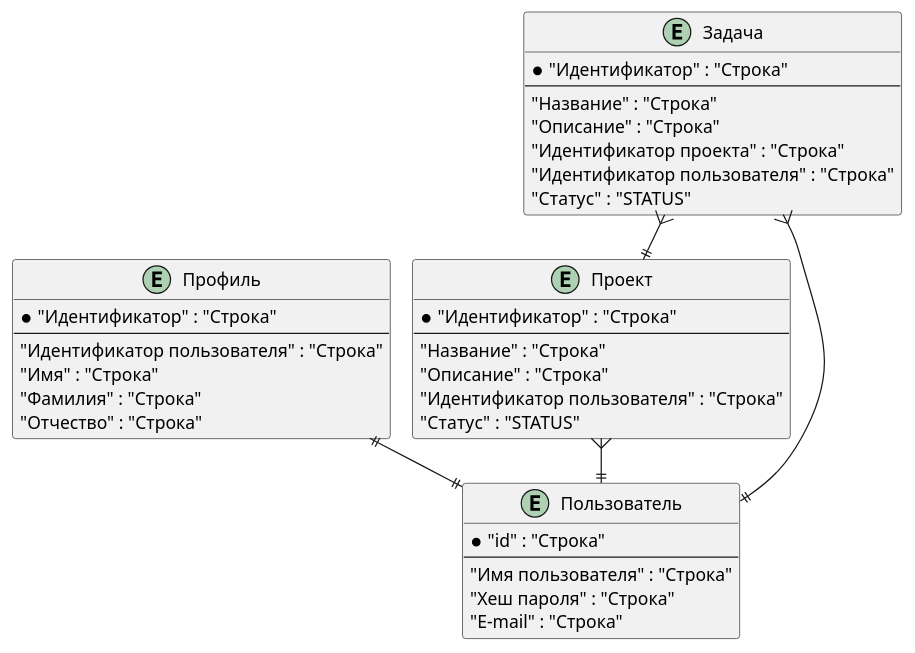
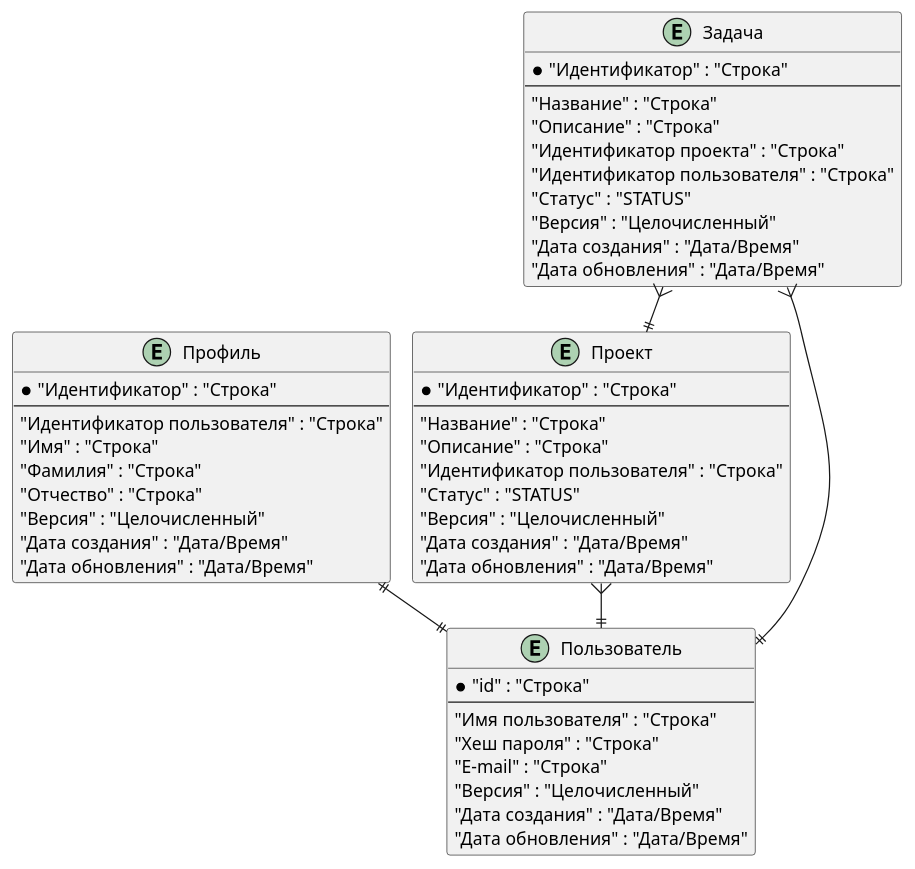
The diagram in example/tm-sql-to-asciidoc/src/main/asciidoc/erd_logic.puml (denis-volnenko/liquibase-asciidoc-maven-plugin), drawn with PlantUML before and after one commit. The commit also changed 11 other files, not shown here.

```diff
--- a/example/tm-sql-to-asciidoc/src/main/asciidoc/erd_logic.puml
+++ b/example/tm-sql-to-asciidoc/src/main/asciidoc/erd_logic.puml
@@ -1,45 +1,57 @@
 @startuml 
 '!pragma graphviz_dot jdot 
 !pragma layout smetana 
 entity "Профиль" as app_profile {
     *"Идентификатор" : "Строка"
 ---
     "Идентификатор пользователя" : "Строка"
     "Имя" : "Строка"
     "Фамилия" : "Строка"
     "Отчество" : "Строка"
+    "Версия" : "Целочисленный"
+    "Дата создания" : "Дата/Время"
+    "Дата обновления" : "Дата/Время"
 }
 
 entity "Проект" as app_project {
     *"Идентификатор" : "Строка"
 ---
     "Название" : "Строка"
     "Описание" : "Строка"
     "Идентификатор пользователя" : "Строка"
     "Статус" : "STATUS"
+    "Версия" : "Целочисленный"
+    "Дата создания" : "Дата/Время"
+    "Дата обновления" : "Дата/Время"
 }
 
 entity "Задача" as app_task {
     *"Идентификатор" : "Строка"
 ---
     "Название" : "Строка"
     "Описание" : "Строка"
     "Идентификатор проекта" : "Строка"
     "Идентификатор пользователя" : "Строка"
     "Статус" : "STATUS"
+    "Версия" : "Целочисленный"
+    "Дата создания" : "Дата/Время"
+    "Дата обновления" : "Дата/Время"
 }
 
 entity "Пользователь" as app_user {
     *"id" : "Строка"
 ---
     "Имя пользователя" : "Строка"
     "Хеш пароля" : "Строка"
     "E-mail" : "Строка"
+    "Версия" : "Целочисленный"
+    "Дата создания" : "Дата/Время"
+    "Дата обновления" : "Дата/Время"
 }
 
 "app_profile" ||--|| "app_user"
 "app_project" }--|| "app_user"
 "app_task" }--|| "app_project"
 "app_task" }--|| "app_user"
 
 @enduml
```
